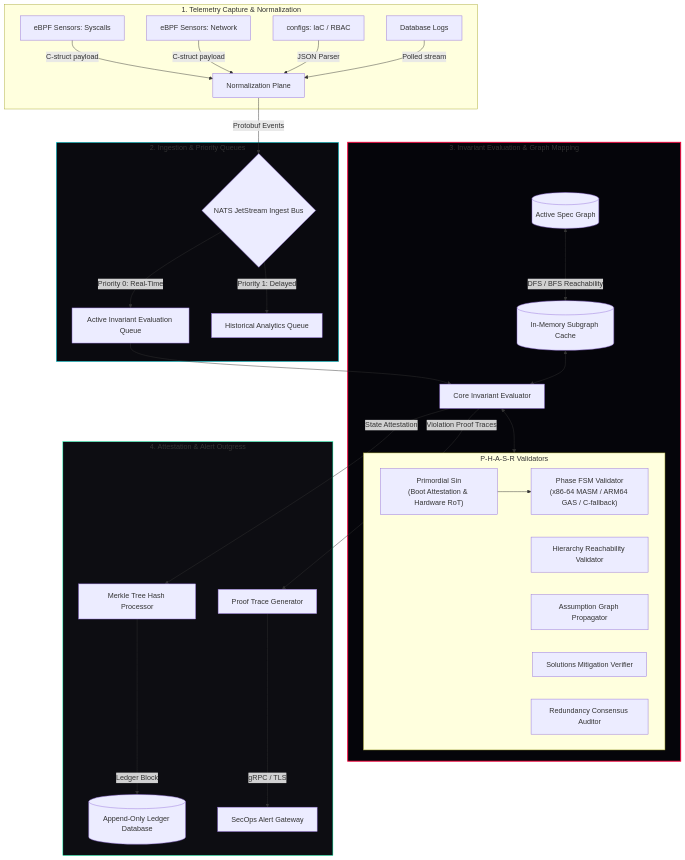
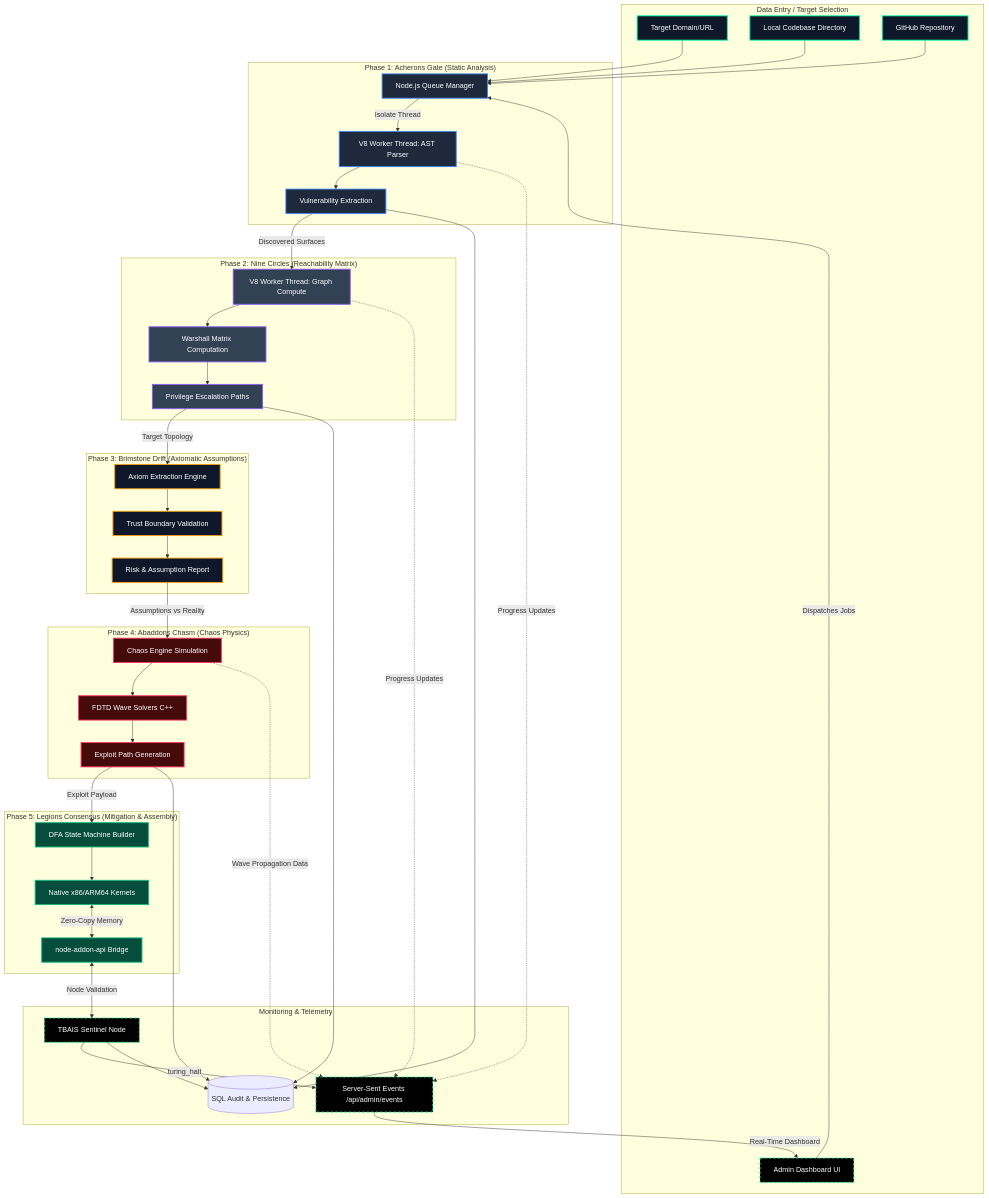
Before and after one commit to Zeo120/ZTL-Tech: the diagram in docs/architecture/ARCHITECTURE.md, drawn with Mermaid. The commit also changed other lines of this file and 26 other files, not shown here.

````diff
--- a/docs/architecture/ARCHITECTURE.md
+++ b/docs/architecture/ARCHITECTURE.md
@@ -11,42 +11,104 @@
 ```mermaid
-graph TB
-    subgraph DataPlane [1. Telemetry Capture & Normalization]
-        eBPF_Sys[eBPF Sensors: Syscalls] -->|C-struct payload| Normalizer[Normalization Plane]
-        eBPF_Net[eBPF Sensors: Network] -->|C-struct payload| Normalizer
-        Configs[configs: IaC / RBAC] -->|JSON Parser| Normalizer
-        DB_Logs[Database Logs] -->|Polled stream| Normalizer
+graph TD
+    %% Styling Classes
+    classDef target fill:#0f172a,stroke:#00ffaa,stroke-width:2px,color:#fff
+    classDef p1 fill:#1e293b,stroke:#3b82f6,stroke-width:2px,color:#fff
+    classDef p2 fill:#334155,stroke:#8b5cf6,stroke-width:2px,color:#fff
+    classDef p3 fill:#0f172a,stroke:#f59e0b,stroke-width:2px,color:#fff
+    classDef p4 fill:#450a0a,stroke:#ff3366,stroke-width:2px,color:#fff
+    classDef p5 fill:#064e3b,stroke:#10b981,stroke-width:2px,color:#fff
+    classDef monitor fill:#000000,stroke:#00ffaa,stroke-width:2px,color:#fff,stroke-dasharray: 5 5
+
+    %% Data Entry / Target
+    subgraph Input ["Data Entry / Target Selection"]
+        T1[Target Domain/URL]:::target
+        T2[Local Codebase Directory]:::target
+        T3[GitHub Repository]:::target
+        UI[Admin Dashboard UI]:::monitor
     end
 
-    subgraph PipelinePlane [2. Ingestion & Priority Queues]
-        Normalizer -->|Protobuf Events| NATS{NATS JetStream Ingest Bus}
-        NATS -->|Priority 0: Real-Time| P0_Queue[Active Invariant Evaluation Queue]
-        NATS -->|Priority 1: Delayed| P1_Queue[Historical Analytics Queue]
+    %% Phase 1
+    subgraph Phase1 ["Phase 1: Acherons Gate (Static Analysis)"]
+        W1[V8 Worker Thread: AST Parser]:::p1
+        V[Vulnerability Extraction]:::p1
+        S1[Node.js Queue Manager]:::p1
     end
 
-    subgraph CoreEnginePlane [3. Invariant Evaluation & Graph Mapping]
-        P0_Queue --> CoreEngine[Core Invariant Evaluator]
-        ActiveSpec[(Active Spec Graph)] <-->|DFS / BFS Reachability| SubgraphCache[(In-Memory Subgraph Cache)]
-        SubgraphCache <--> CoreEngine
-        
-        subgraph SubEngines [P-H-A-S-R Validators]
-            Init_Eng["Primordial Sin\n(Boot Attestation & Hardware RoT)"] --> P_Eng["Phase FSM Validator\n(x86-64 MASM / ARM64 GAS / C-fallback)"]
-            H_Eng[Hierarchy Reachability Validator]
-            A_Eng[Assumption Graph Propagator]
-            S_Eng[Solutions Mitigation Verifier]
-            R_Eng[Redundancy Consensus Auditor]
-        end
-        
-        CoreEngine <--> SubEngines
+    %% Phase 2
+    subgraph Phase2 ["Phase 2: Nine Circles (Reachability Matrix)"]
+        W2[V8 Worker Thread: Graph Compute]:::p2
+        WM[Warshall Matrix Computation]:::p2
+        PE[Privilege Escalation Paths]:::p2
     end
 
-    subgraph StoragePlane [4. Attestation & Alert Outgress]
-        CoreEngine -->|State Attestation| MerkleProcessor[Merkle Tree Hash Processor]
-        MerkleProcessor -->|Ledger Block| AuditDb[(Append-Only Ledger Database)]
-        CoreEngine -->|Violation Proof Traces| AlertEngine[Proof Trace Generator]
-        AlertEngine -->|gRPC / TLS| SecOpsAlerts[SecOps Alert Gateway]
+    %% Phase 3
+    subgraph Phase3 ["Phase 3: Brimstone Drift (Axiomatic Assumptions)"]
+        AX[Axiom Extraction Engine]:::p3
+        TV[Trust Boundary Validation]:::p3
+        RR[Risk & Assumption Report]:::p3
     end
 
-    style CoreEnginePlane fill:#05050a,stroke:#ff003c,stroke-width:2px
-    style PipelinePlane fill:#0a0a0f,stroke:#00f3ff,stroke-width:1px
-    style StoragePlane fill:#0d0d12,stroke:#00ffaa,stroke-width:1px
+    %% Phase 4
+    subgraph Phase4 ["Phase 4: Abaddons Chasm (Chaos Physics)"]
+        FDTD[FDTD Wave Solvers C++]:::p4
+        CH[Chaos Engine Simulation]:::p4
+        EXP[Exploit Path Generation]:::p4
+    end
+
+    %% Phase 5
+    subgraph Phase5 ["Phase 5: Legions Consensus (Mitigation & Assembly)"]
+        FSM[DFA State Machine Builder]:::p5
+        ASM[Native x86/ARM64 Kernels]:::p5
+        NAPI[node-addon-api Bridge]:::p5
+    end
+
+    %% Telemetry & Monitoring
+    subgraph Telemetry ["Monitoring & Telemetry"]
+        SSE[Server-Sent Events /api/admin/events]:::monitor
+        DB[(SQL Audit & Persistence)]
+        TBAIS[TBAIS Sentinel Node]:::monitor
+    end
+
+    %% Connections: Input to Routing
+    UI -->|Dispatches Jobs| S1
+    T1 --> S1
+    T2 --> S1
+    T3 --> S1
+
+    %% Phase 1 Flow
+    S1 -->|Isolate Thread| W1
+    W1 --> V
+    V -->|Discovered Surfaces| W2
+
+    %% Phase 2 Flow
+    W2 --> WM
+    WM --> PE
+    PE -->|Target Topology| AX
+
+    %% Phase 3 Flow
+    AX --> TV
+    TV --> RR
+    RR -->|Assumptions vs Reality| CH
+
+    %% Phase 4 Flow
+    CH --> FDTD
+    FDTD --> EXP
+    EXP -->|Exploit Payload| FSM
+
+    %% Phase 5 Flow
+    FSM --> ASM
+    ASM <-->|Zero-Copy Memory| NAPI
+    NAPI <-->|Node Validation| TBAIS
+
+    %% Telemetry & Monitoring Flow
+    TBAIS -->|turing_halt| SSE
+    W1 -.->|Progress Updates| SSE
+    W2 -.->|Progress Updates| SSE
+    CH -.->|Wave Propagation Data| SSE
+    SSE -->|Real-Time Dashboard| UI
+    
+    TBAIS --> DB
+    V --> DB
+    PE --> DB
+    EXP --> DB
 ```
````
